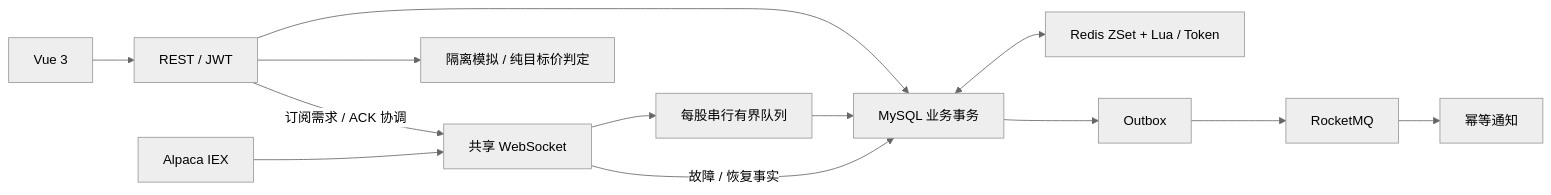
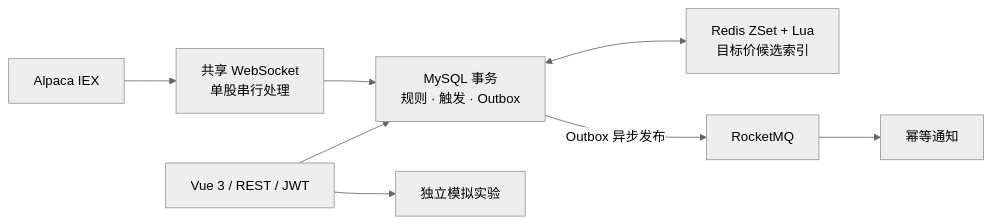
The diagram in README.md (originalEzra/PricePulse), drawn with Mermaid (neutral theme) before and after one commit. The commit also changed other lines of this file, not shown here.

````diff
--- a/README.md
+++ b/README.md
@@ -50,15 +42,10 @@
 ```mermaid
 flowchart LR
-    UI["Vue 3"] --> API["REST / JWT"]
-    API --> TX["MySQL 业务事务"]
-    API -- "订阅需求 / ACK 协调" --> Feed["共享 WebSocket"]
-    Alpaca["Alpaca IEX"] --> Feed
-    Feed --> Lane["每股串行有界队列"]
-    Lane --> TX
-    TX <--> Index["Redis ZSet + Lua / Token"]
-    Feed -- "故障 / 恢复事实" --> TX
-    TX --> Outbox["Outbox"]
-    Outbox --> MQ["RocketMQ"]
-    MQ --> Notify["幂等通知"]
-    API --> Sim["隔离模拟 / 纯目标价判定"]
+    Alpaca["Alpaca IEX"] --> Feed["共享 WebSocket<br/>单股串行处理"]
+    Feed --> DB["MySQL 事务<br/>规则 · 触发 · Outbox"]
+    DB <--> Redis["Redis ZSet + Lua<br/>目标价候选索引"]
+    DB -- "Outbox 异步发布" --> MQ["RocketMQ"]
+    MQ --> Notice["幂等通知"]
+    Web["Vue 3 / REST / JWT"] --> DB
+    Web --> Sim["独立模拟实验"]
 ```
````
